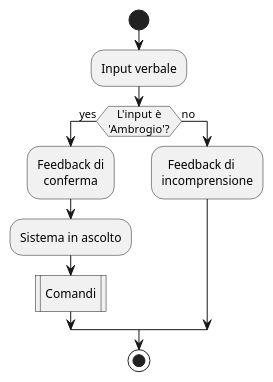
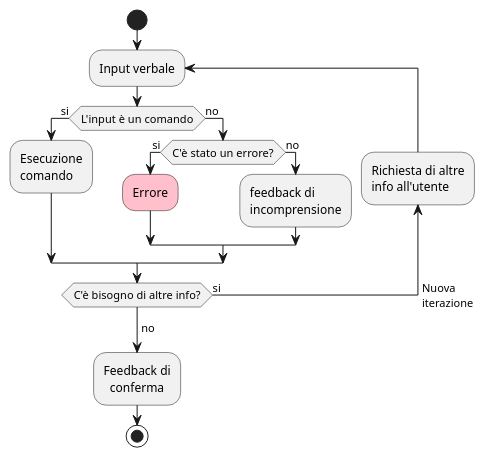
The diagram in A_2.1.puml (Andribi/AmbrogioDiagrams), drawn with PlantUML before and after one commit. The commit also changed other lines of this file and 1 other file, not shown here.

```diff
--- a/A_2.1.puml
+++ b/A_2.1.puml
@@ -1,15 +1,23 @@
 @startuml
 'Requisito 2.1 Riconoscimento della keyword
+
 skinparam ConditionEndStyle hline
 
 start
-:Input verbale;
-if (   L'input è \n'Ambrogio'?) then (yes)
+
+repeat :Input verbale;
+  if (L'input è un comando) then (si)
+    :Esecuzione\ncomando;
+  else (no)
+      if (C'è stato un errore?) then (si)
+        #pink:Errore;
+      else (no)
+        :feedback di\nincomprensione;
+        endif
+  endif
+backward:Richiesta di altre\ninfo all'utente;
+repeat while (C'è bisogno di altre info?) is (si) -> Nuova\niterazione
+->no;
 :Feedback di\n  conferma;
-:Sistema in ascolto;
-:Comandi|
-else (no)
-:  Feedback di\nincomprensione;
-Endif
 stop
 @enduml
```
